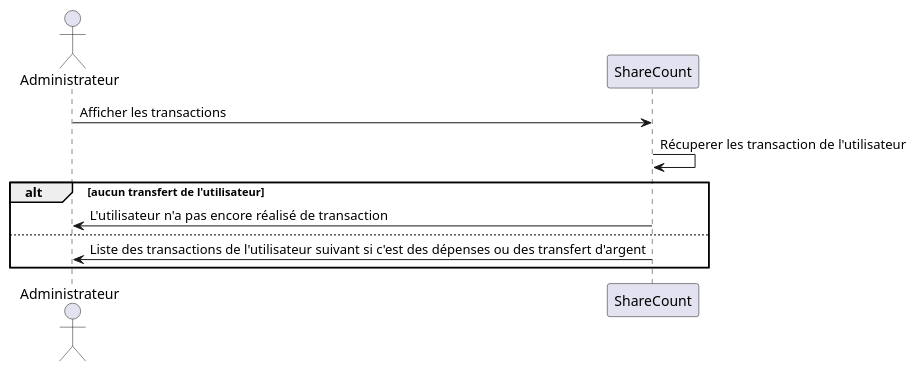
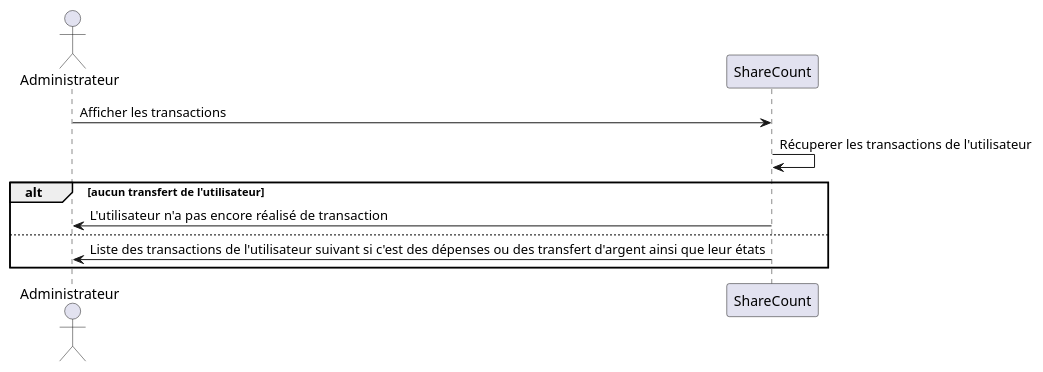
One commit to lmtb06/sharecount changed the diagram in diagrammes/specification/sequence/admin-afficher-transactions-profil-utilisateur.puml. Above: the diagram before and after it, drawn with PlantUML. The commit also changed 7 other files, not shown here.

Commit message:
- Actualisation diagramme de package - Ajout de la creation de compte pour admin - Correction de differents diagrammes de séquence

```diff
--- a/diagrammes/specification/sequence/admin-afficher-transactions-profil-utilisateur.puml
+++ b/diagrammes/specification/sequence/admin-afficher-transactions-profil-utilisateur.puml
@@ -1,12 +1,12 @@
 @startuml "Afficher les transactions d’un profil utilisateur (admin)"
 actor Administrateur as a
 participant ShareCount as sc
 
 a 	-> 	sc : Afficher les transactions
-sc 	->	sc : Récuperer les transaction de l'utilisateur
+sc 	->	sc : Récuperer les transactions de l'utilisateur
 alt aucun transfert de l'utilisateur
 a 	<- 	sc : L'utilisateur n'a pas encore réalisé de transaction
 else
-a 	<- 	sc : Liste des transactions de l'utilisateur suivant si c'est des dépenses ou des transfert d'argent
+a 	<- 	sc : Liste des transactions de l'utilisateur suivant si c'est des dépenses ou des transfert d'argent ainsi que leur états
 end
 @enduml
```
